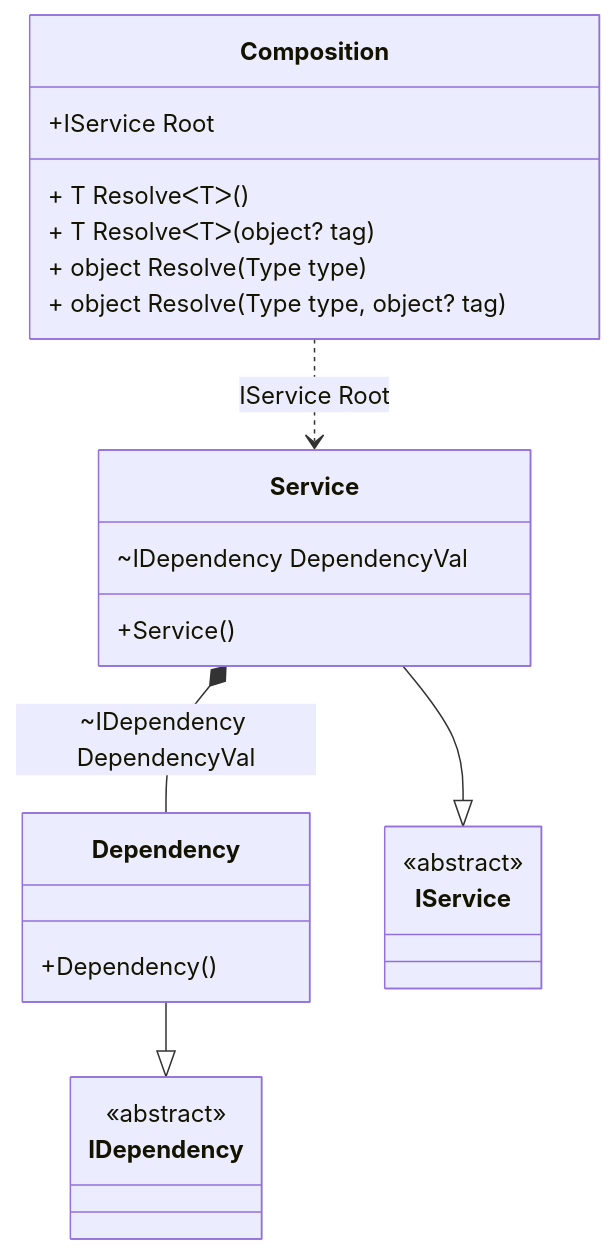
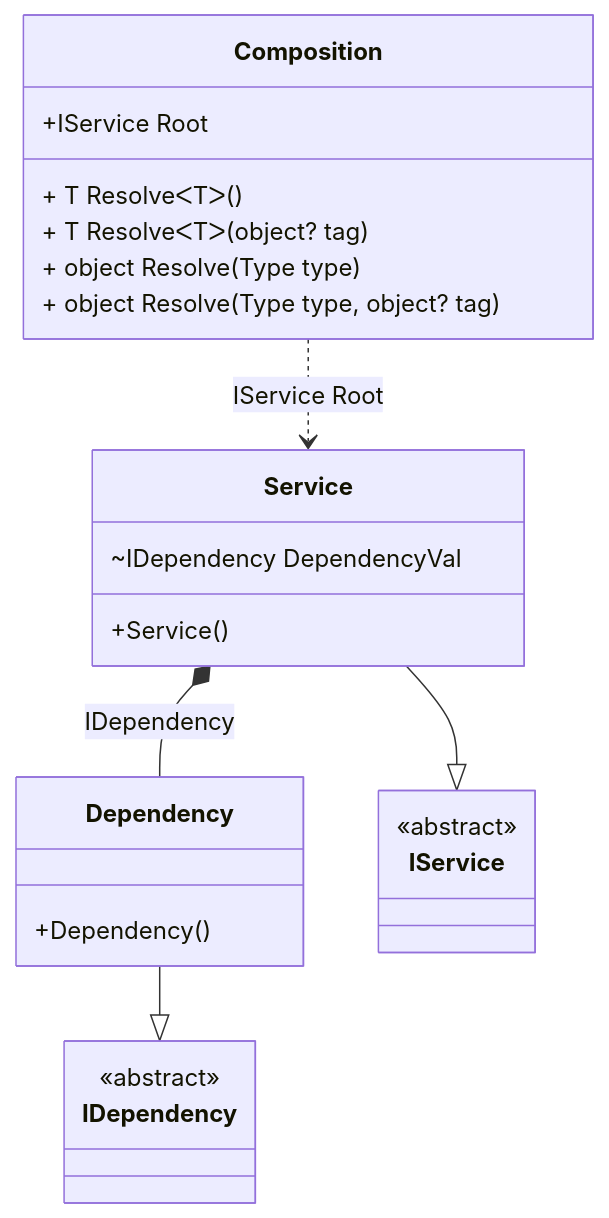
The diagram in readme/field-injection.md (DevTeam/Pure.DI), drawn with Mermaid before and after one commit. The commit also changed other lines of this file and 84 other files, not shown here.

````diff
--- a/readme/field-injection.md
+++ b/readme/field-injection.md
@@ -37,27 +37,27 @@
 ```mermaid
 classDiagram
   class Composition {
     +IService Root
     + T ResolveᐸTᐳ()
     + T ResolveᐸTᐳ(object? tag)
     + object Resolve(Type type)
     + object Resolve(Type type, object? tag)
   }
   Dependency --|> IDependency : 
   class Dependency {
     +Dependency()
   }
   Service --|> IService : 
   class Service {
     +Service()
     ~IDependency DependencyVal
   }
   class IDependency {
     <<abstract>>
   }
   class IService {
     <<abstract>>
   }
-  Service *--  Dependency : ~IDependency DependencyVal
+  Service *--  Dependency : IDependency
   Composition ..> Service : IService Root
 ```
````
